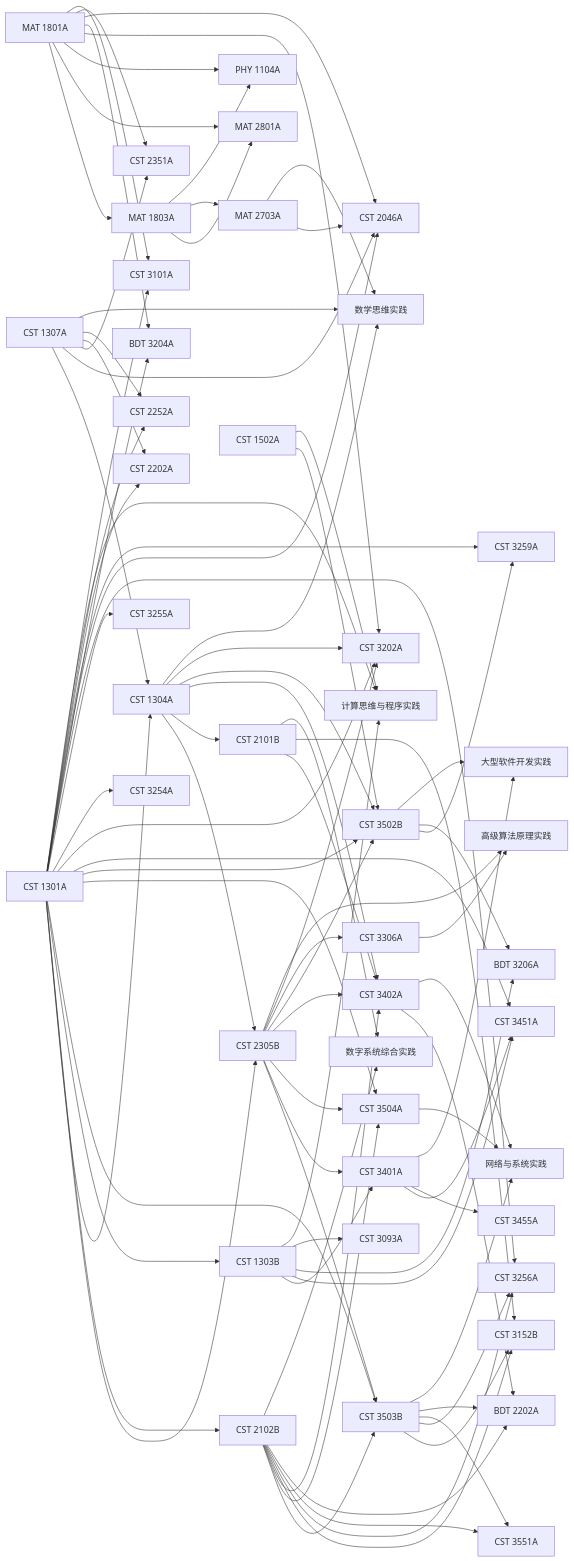
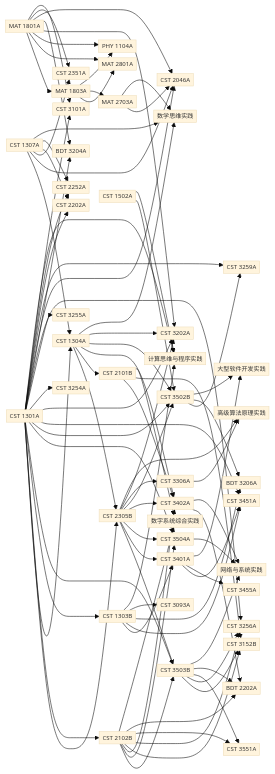
Before and after one commit to yyj138/topological-sort: the second of 2 diagrams in docs/需求分析报告.md, drawn with Mermaid. The commit also changed other lines of this file, not shown here.

Commit message:
【T-B】需求分析报告两张课程关系图加init小字体(11px)配置，43节点图节点间距收紧

````diff
--- a/docs/需求分析报告.md
+++ b/docs/需求分析报告.md
@@ -286,4 +287,5 @@
 ```mermaid
+%%{init: {'theme':'base','themeVariables':{'fontSize':'11px'},'flowchart':{'nodeSpacing':10,'rankSpacing':15,'padding':3}}}%%
 flowchart LR
     v01["MAT 1801A"]
     v02["MAT 1803A"]
````
